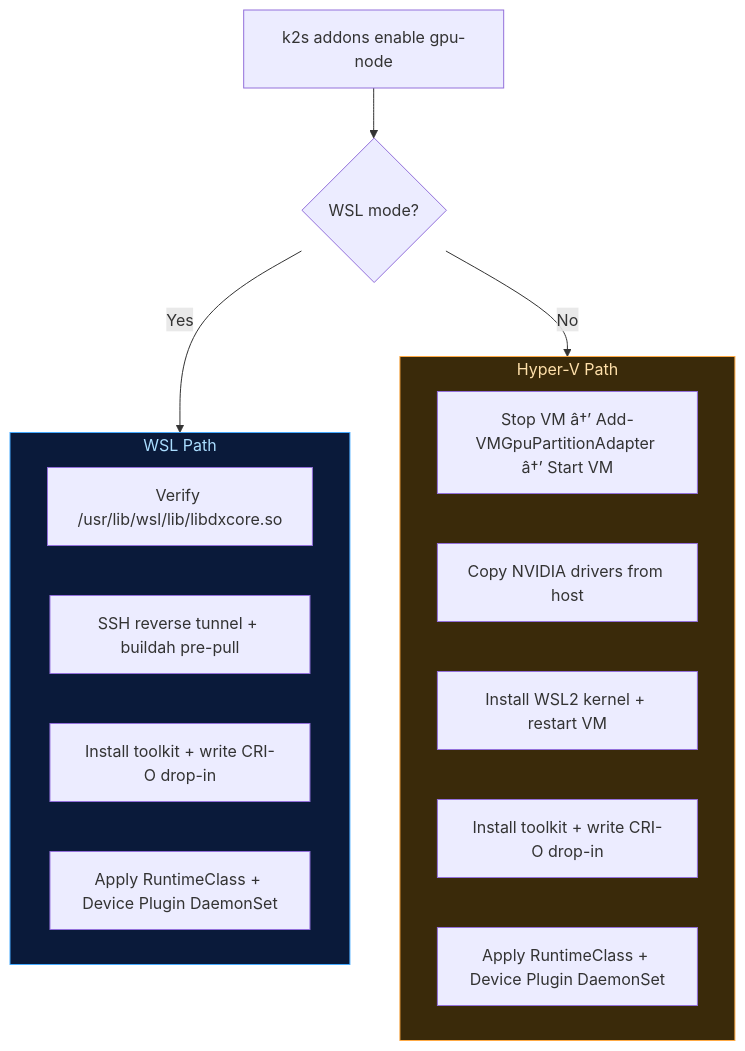
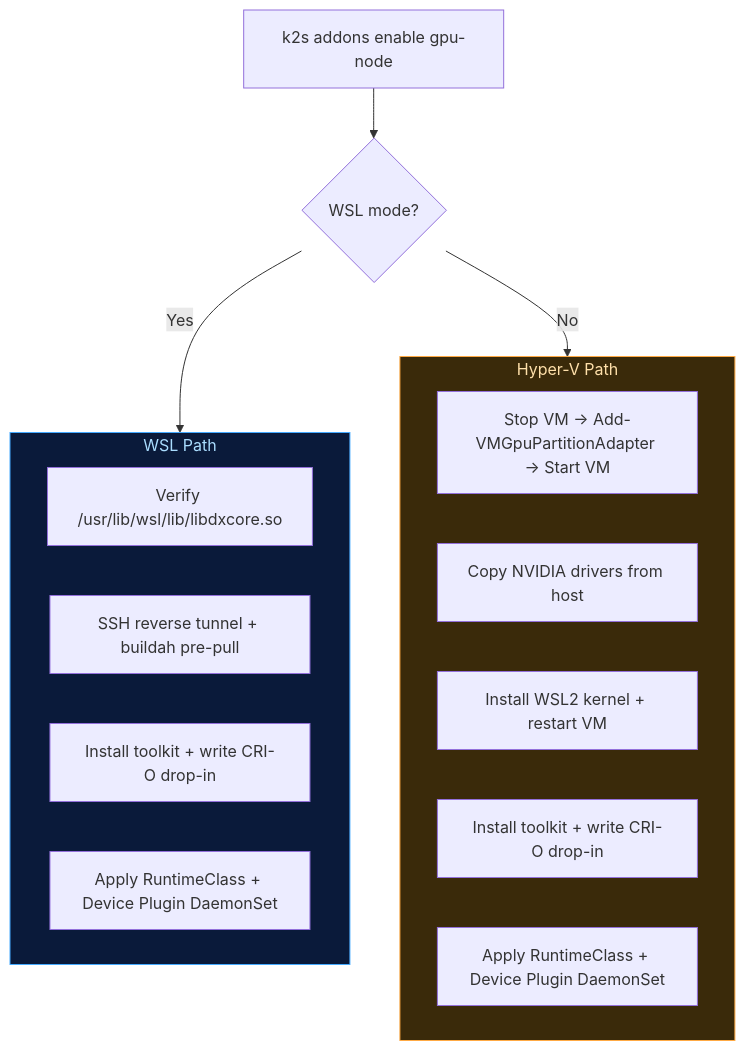
Before and after one commit to Siemens-Healthineers/K2s: the fourth of 4 diagrams in docs/dev-guide/contributing/gpu-node-roadmap.md, drawn with Mermaid. The commit also changed other lines of this file, not shown here.

Commit message:
docs(gpu-node): correct formatting and update roadmap dates and CDI flow details

````diff
--- a/docs/dev-guide/contributing/gpu-node-roadmap.md
+++ b/docs/dev-guide/contributing/gpu-node-roadmap.md
@@ -321,27 +397,27 @@
 ```mermaid
 flowchart TD
     START["k2s addons enable gpu-node"]
     CHECK{WSL mode?}
 
     subgraph WSL["WSL Path"]
         W1["Verify /usr/lib/wsl/lib/libdxcore.so"]
         W2["SSH reverse tunnel + buildah pre-pull"]
         W3["Install toolkit + write CRI-O drop-in"]
         W4["Apply RuntimeClass + Device Plugin DaemonSet"]
     end
 
     subgraph HV["Hyper-V Path"]
-        H1["Stop VM â†’ Add-VMGpuPartitionAdapter â†’ Start VM"]
+        H1["Stop VM → Add-VMGpuPartitionAdapter → Start VM"]
         H2["Copy NVIDIA drivers from host"]
         H3["Install WSL2 kernel + restart VM"]
         H4["Install toolkit + write CRI-O drop-in"]
         H5["Apply RuntimeClass + Device Plugin DaemonSet"]
     end
 
     START --> CHECK
     CHECK -->|Yes| WSL
     CHECK -->|No| HV
 
     style WSL fill:#0a1a3a,stroke:#44aaff,color:#aaddff
     style HV fill:#3a2a0a,stroke:#ffaa44,color:#ffe0aa
 ```
````
